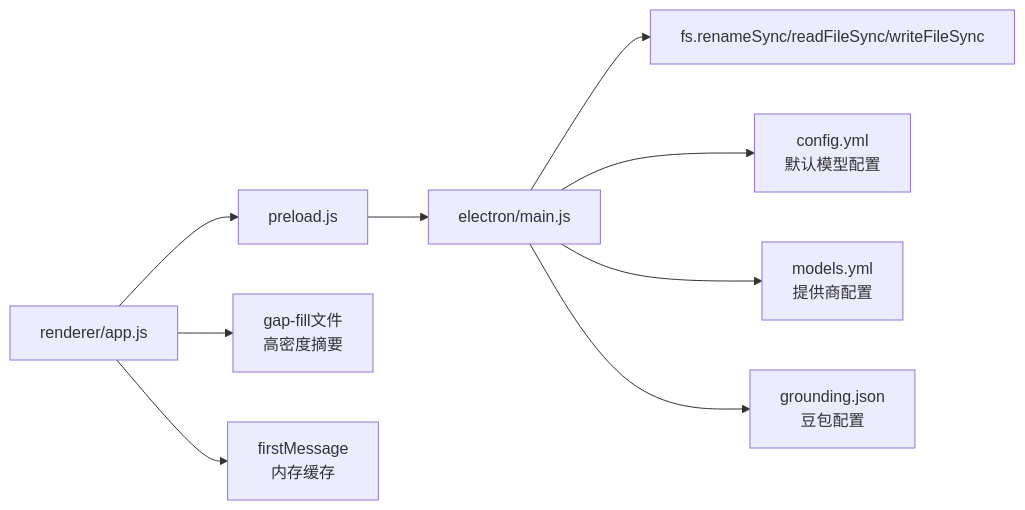
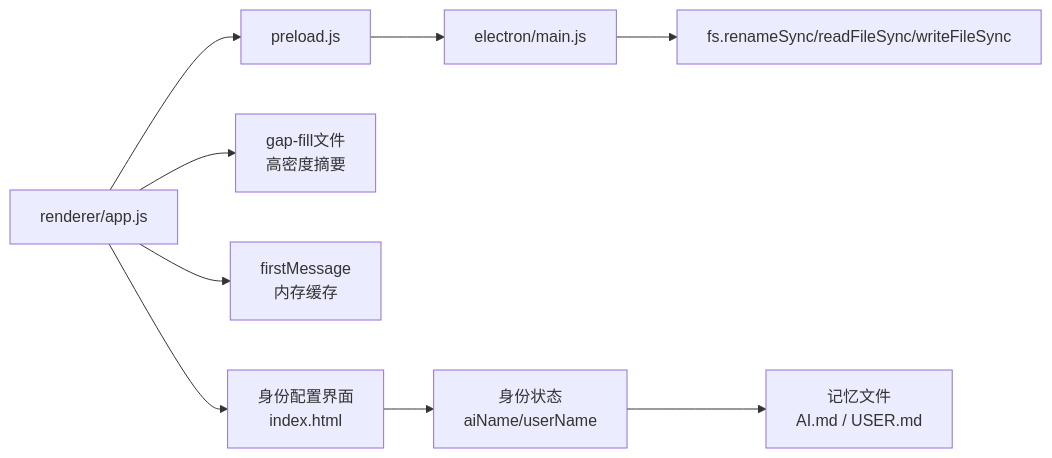
The third of 3 diagrams in .qoder/repowiki/zh/content/用户界面/AI智能重命名功能.md (swond-Mao/Tiffa), drawn with Mermaid before and after one commit. The commit also changed other lines of this file and 25 other files, not shown here.

````diff
--- a/.qoder/repowiki/zh/content/用户界面/AI智能重命名功能.md
+++ b/.qoder/repowiki/zh/content/用户界面/AI智能重命名功能.md
@@ -247,11 +289,11 @@
 ```mermaid
 graph LR
 AppJS["renderer/app.js"] --> PreloadJS["preload.js"]
 PreloadJS --> MainJS["electron/main.js"]
 MainJS --> FS["fs.renameSync/readFileSync/writeFileSync"]
 AppJS --> GapFill["gap-fill文件<br/>高密度摘要"]
 AppJS --> FirstMsg["firstMessage<br/>内存缓存"]
-MainJS --> ConfigYML["config.yml<br/>默认模型配置"]
-MainJS --> ModelsYML["models.yml<br/>提供商配置"]
-MainJS --> GroundingJSON["grounding.json<br/>豆包配置"]
+AppJS --> IdentityUI["身份配置界面<br/>index.html"]
+IdentityUI --> IdentityState["身份状态<br/>aiName/userName"]
+IdentityState --> MemoryFiles["记忆文件<br/>AI.md / USER.md"]
 ```
````
